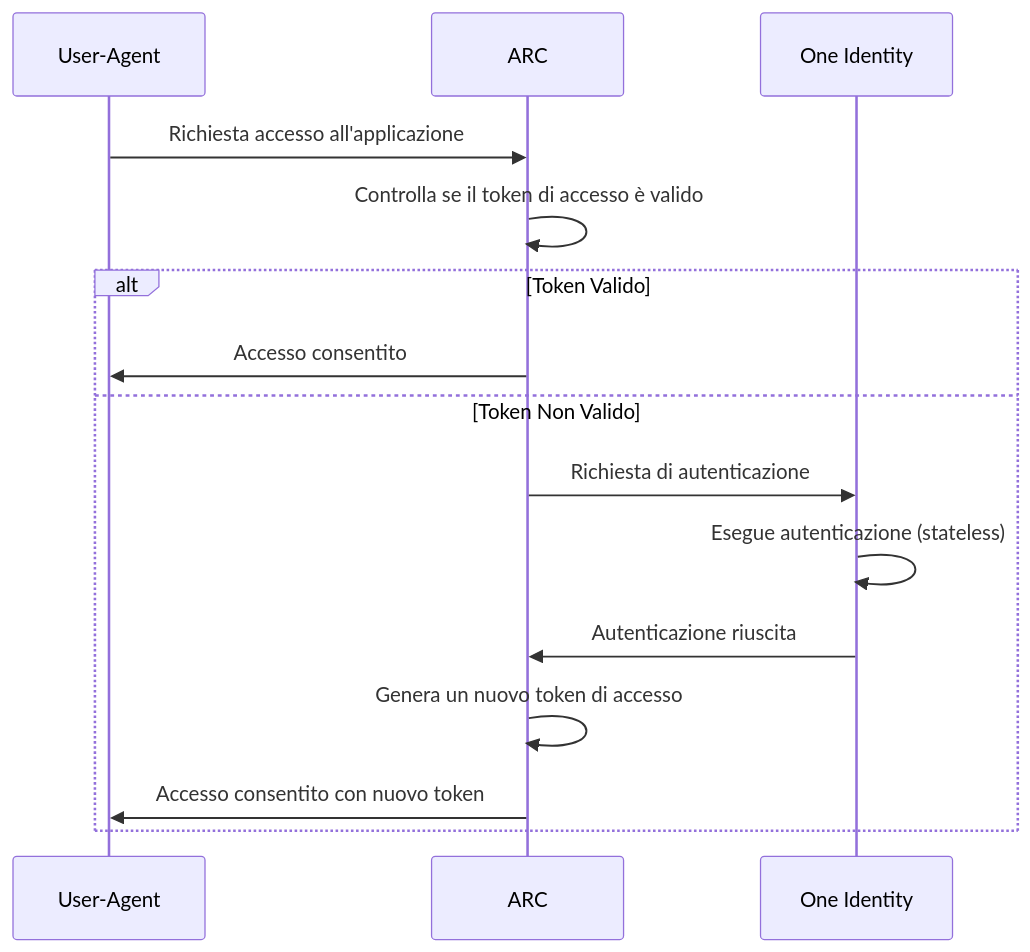
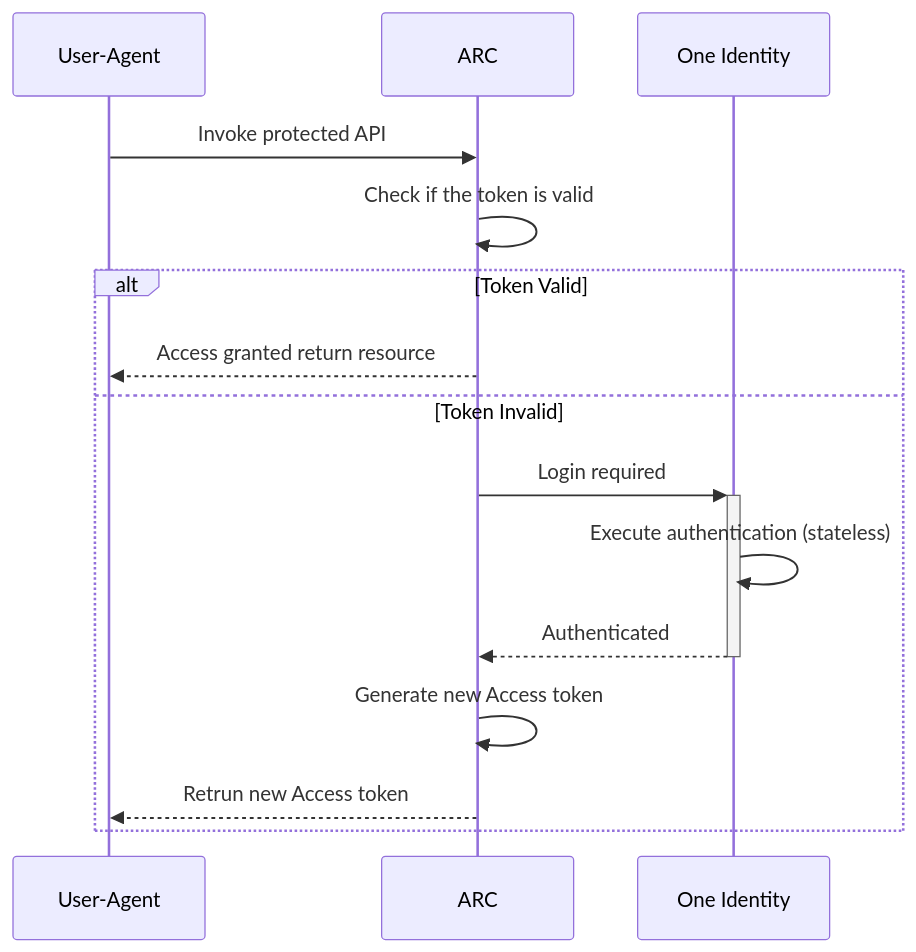
One commit to pagopa/p4pa-doc changed the diagram in design/arc/oneidentity-integration/sequence_diagram_system_characteristics.mmd. Above: the diagram before and after it, drawn with Mermaid. The commit also changed 1 other file, not shown here.

Commit message:
P4PU-171 updated sequence

```diff
--- a/design/arc/oneidentity-integration/sequence_diagram_system_characteristics.mmd
+++ b/design/arc/oneidentity-integration/sequence_diagram_system_characteristics.mmd
@@ -1,16 +1,16 @@
 sequenceDiagram
     participant User-Agent
     participant ARC
     participant OneIdentity as One Identity
 
-    User-Agent->>ARC: Richiesta accesso all'applicazione
-    ARC->>ARC: Controlla se il token di accesso è valido
-    alt Token Valido
-        ARC->>User-Agent: Accesso consentito
-    else Token Non Valido
-        ARC->>OneIdentity: Richiesta di autenticazione
-        OneIdentity->>OneIdentity: Esegue autenticazione (stateless)
-        OneIdentity->>ARC: Autenticazione riuscita
-        ARC->>ARC: Genera un nuovo token di accesso
-        ARC->>User-Agent: Accesso consentito con nuovo token
+    User-Agent ->> ARC: Invoke protected API
+    ARC ->> ARC: Check if the token is valid
+    alt Token Valid
+        ARC -->> User-Agent: Access granted return resource
+    else Token Invalid
+        ARC ->>+ OneIdentity: Login required
+        OneIdentity ->> OneIdentity: Execute authentication (stateless)
+        OneIdentity -->>- ARC: Authenticated
+        ARC ->> ARC: Generate new Access token
+        ARC -->> User-Agent: Retrun new Access token
     end
```
